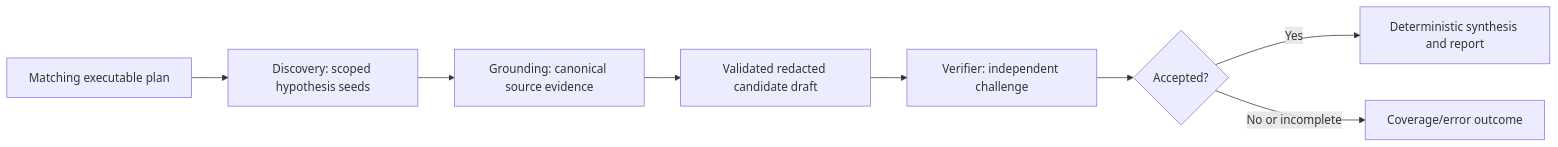
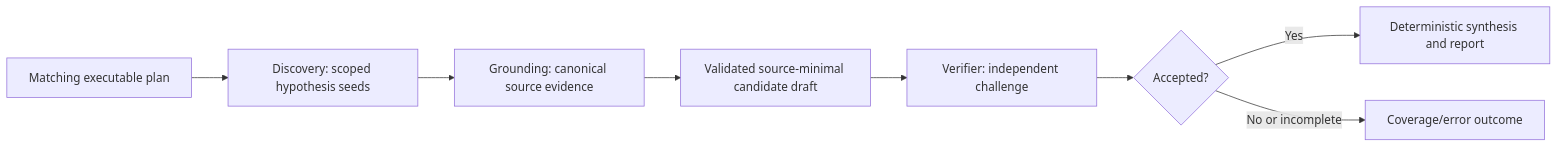
Before and after one commit to sebastianwessel/audit: the diagram in specs/03-architecture/02-evidence-fact-pipeline.md, drawn with Mermaid. The commit also changed other lines of this file and 2199 other files, not shown here.

Commit message:
refactor: establish audit architecture baseline

````diff
--- a/specs/03-architecture/02-evidence-fact-pipeline.md
+++ b/specs/03-architecture/02-evidence-fact-pipeline.md
@@ -13,10 +13,10 @@
 ```mermaid
 flowchart LR
   P["Matching executable plan"] --> I["Discovery: scoped hypothesis seeds"]
   I --> G["Grounding: canonical source evidence"]
-  G --> D["Validated redacted candidate draft"]
+  G --> D["Validated source-minimal candidate draft"]
   D --> V["Verifier: independent challenge"]
   V --> A{"Accepted?"}
   A -->|Yes| S["Deterministic synthesis and report"]
   A -->|No or incomplete| C["Coverage/error outcome"]
 ```
````
